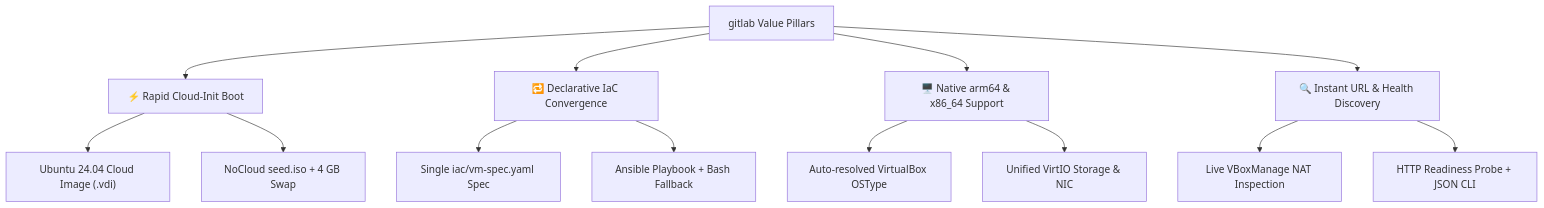
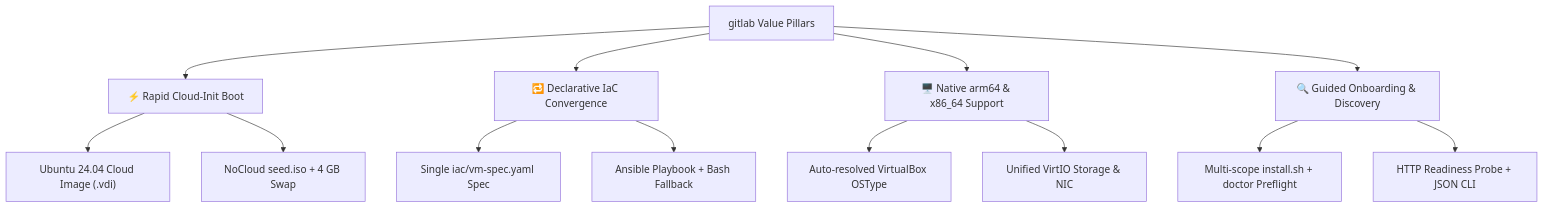
One commit to bsommers/gitlab changed the first of 2 diagrams in docs/brochure.md. Above: the diagram before and after it, drawn with Mermaid. The commit also changed other lines of this file and 15 other files, not shown here.

Commit message:
feat(onboarding,docs): add multi-scope installer, init/doctor/guide CLI, and 4-chapter user guide (v0.2.0)

````diff
--- a/docs/brochure.md
+++ b/docs/brochure.md
@@ -57,17 +61,17 @@
 ```mermaid
 graph TD
     Root["gitlab Value Pillars"]
     Root --> P1["⚡ Rapid Cloud-Init Boot"]
     Root --> P2["🔁 Declarative IaC Convergence"]
     Root --> P3["🖥️ Native arm64 & x86_64 Support"]
-    Root --> P4["🔍 Instant URL & Health Discovery"]
+    Root --> P4["🔍 Guided Onboarding & Discovery"]
 
     P1 --> P1a["Ubuntu 24.04 Cloud Image (.vdi)"]
     P1 --> P1b["NoCloud seed.iso + 4 GB Swap"]
     P2 --> P2a["Single iac/vm-spec.yaml Spec"]
     P2 --> P2b["Ansible Playbook + Bash Fallback"]
     P3 --> P3a["Auto-resolved VirtualBox OSType"]
     P3 --> P3b["Unified VirtIO Storage & NIC"]
-    P4 --> P4a["Live VBoxManage NAT Inspection"]
+    P4 --> P4a["Multi-scope install.sh + doctor Preflight"]
     P4 --> P4b["HTTP Readiness Probe + JSON CLI"]
 ```
````
